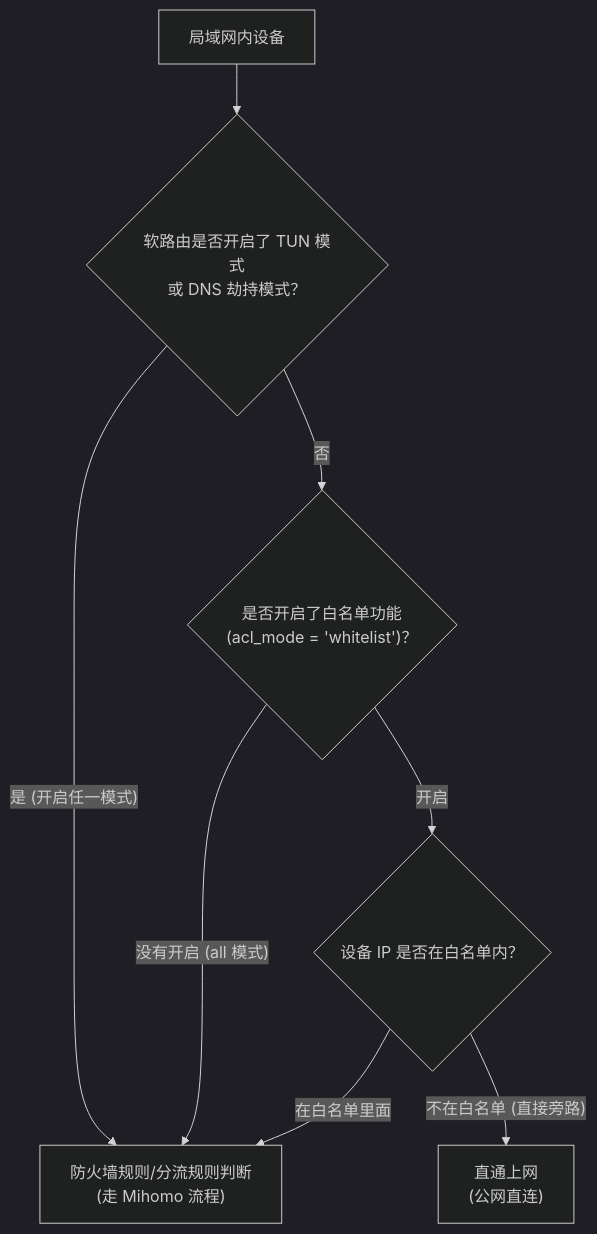
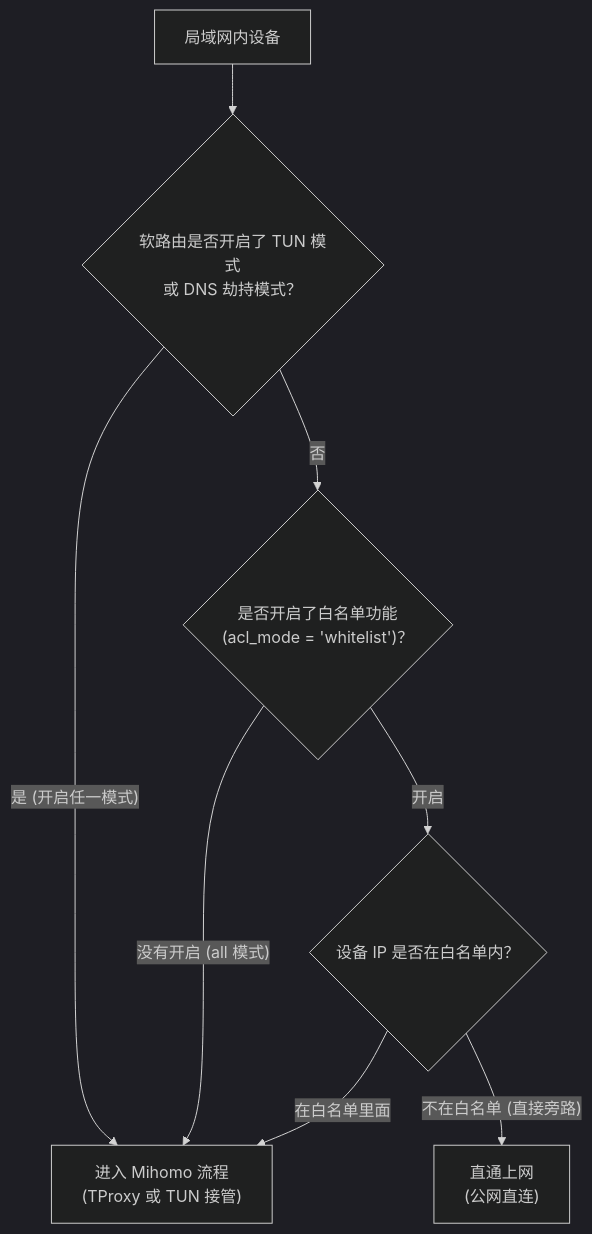
One commit to chanf/SSProxy changed the second of 2 diagrams in README.md. Above: the diagram before and after it, drawn with Mermaid (dark theme). The commit also changed 3 other files, not shown here.

````diff
--- a/README.md
+++ b/README.md
@@ -130,13 +130,13 @@
 ```mermaid
 flowchart TD
     Start["局域网内设备"] --> Step1{"软路由是否开启了 TUN 模式<br/>或 DNS 劫持模式？"}
     
-    Step1 -- "是 (开启任一模式)" --> Proxy["防火墙规则/分流规则判断<br/>(走 Mihomo 流程)"]
+    Step1 -- "是 (开启任一模式)" --> Proxy["进入 Mihomo 流程<br/>(TProxy 或 TUN 接管)"]
     Step1 -- "否" --> Step2{"是否开启了白名单功能<br/>(acl_mode = 'whitelist')？"}
     
     Step2 -- "没有开启 (all 模式)" --> Proxy
     Step2 -- "开启" --> Step3{"设备 IP 是否在白名单内？"}
     
     Step3 -- "在白名单里面" --> Proxy
     Step3 -- "不在白名单 (直接旁路)" --> Direct["直通上网<br/>(公网直连)"]
 ```
````
